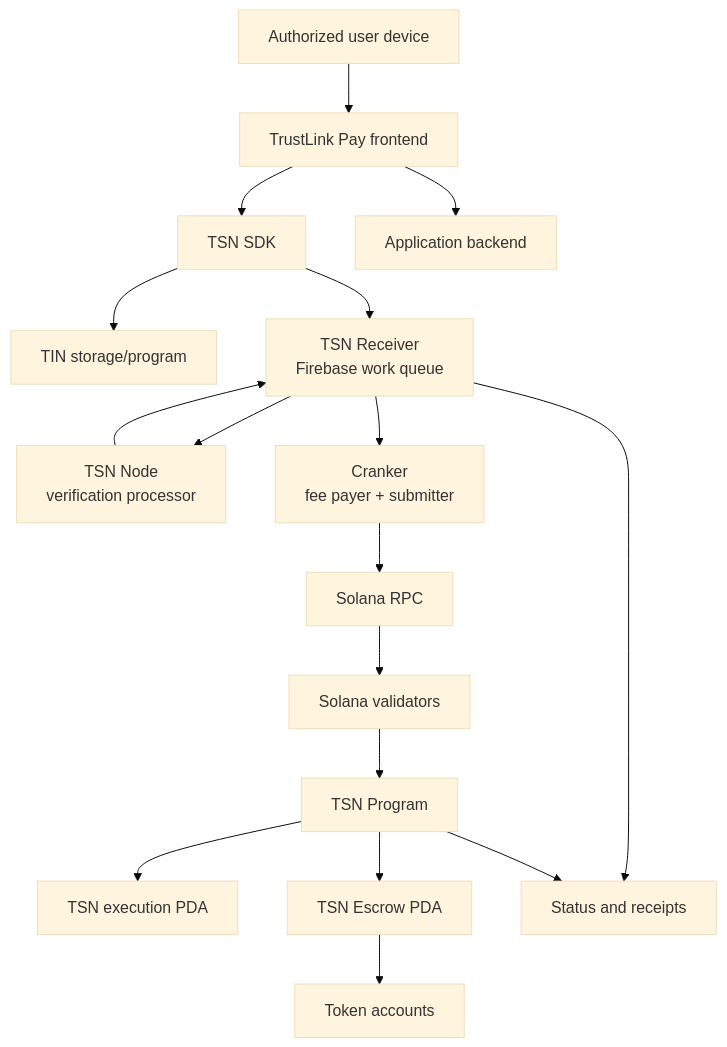
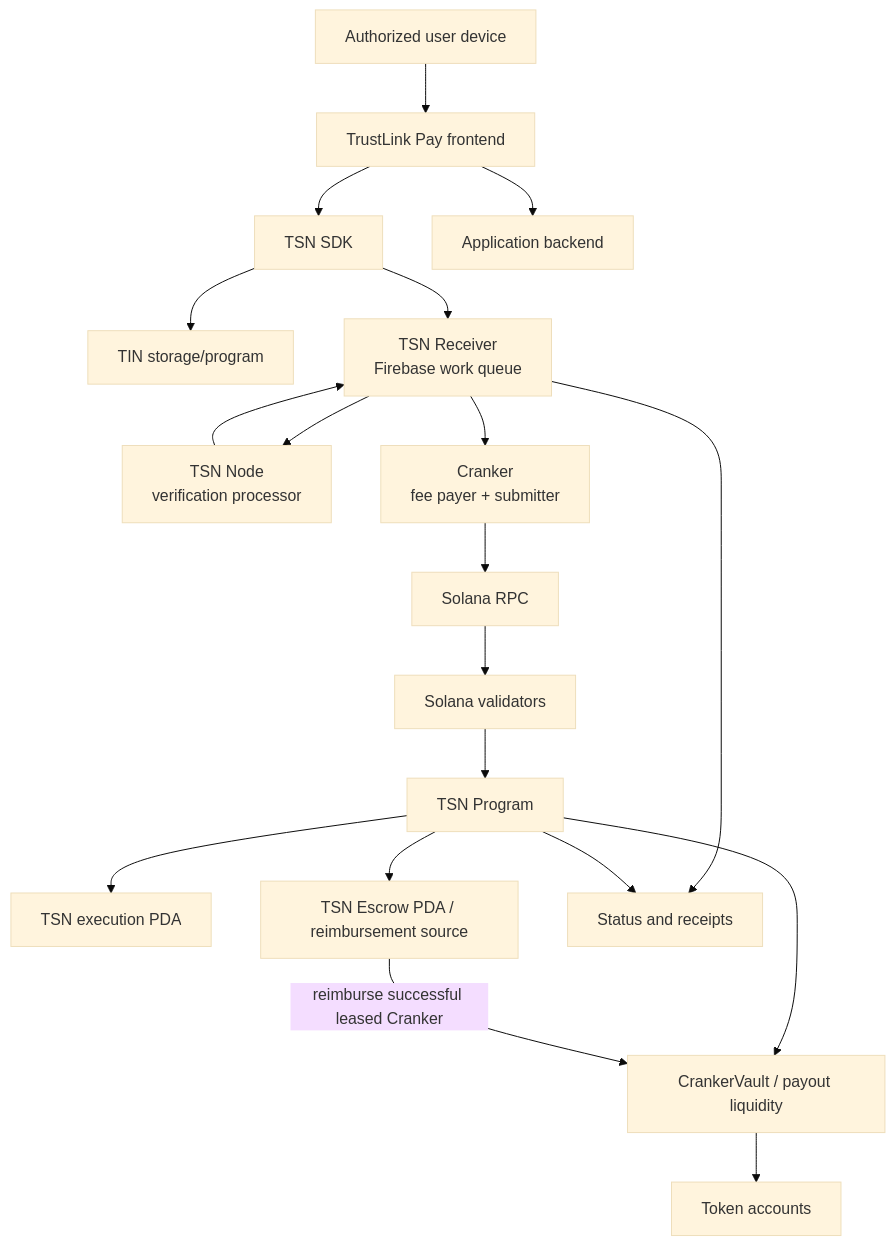
Before and after one commit to bigdreamsweb3/trustlink-pay: the diagram in docs/network-and-runtime.md, drawn with Mermaid (base theme). The commit also changed other lines of this file and 11 other files, not shown here.

````diff
--- a/docs/network-and-runtime.md
+++ b/docs/network-and-runtime.md
@@ -5,28 +5,31 @@
 ```mermaid
 flowchart TD
     D[Authorized user device]
     F[TrustLink Pay frontend]
     S[TSN SDK]
     B[Application backend]
     T[TIN storage/program]
     M[TSN Receiver<br/>Firebase work queue]
     N[TSN Node<br/>verification processor]
     C[Cranker<br/>fee payer + submitter]
     R[Solana RPC]
     V[Solana validators]
     P[TSN Program]
     X[TSN execution PDA]
-    E[TSN Escrow PDA]
+    E[TSN Escrow PDA / reimbursement source]
+    CV[CrankerVault / payout liquidity]
     A[Token accounts]
     Q[Status and receipts]
     D --> F --> S
     F --> B
     S --> T
     S --> M
     M --> N --> M
     M --> C --> R --> V --> P
     P --> X
-    P --> E --> A
+    P --> E
+    P --> CV --> A
+    E -->|"reimburse successful leased Cranker"| CV
     M --> Q
     P --> Q
 ```
````
